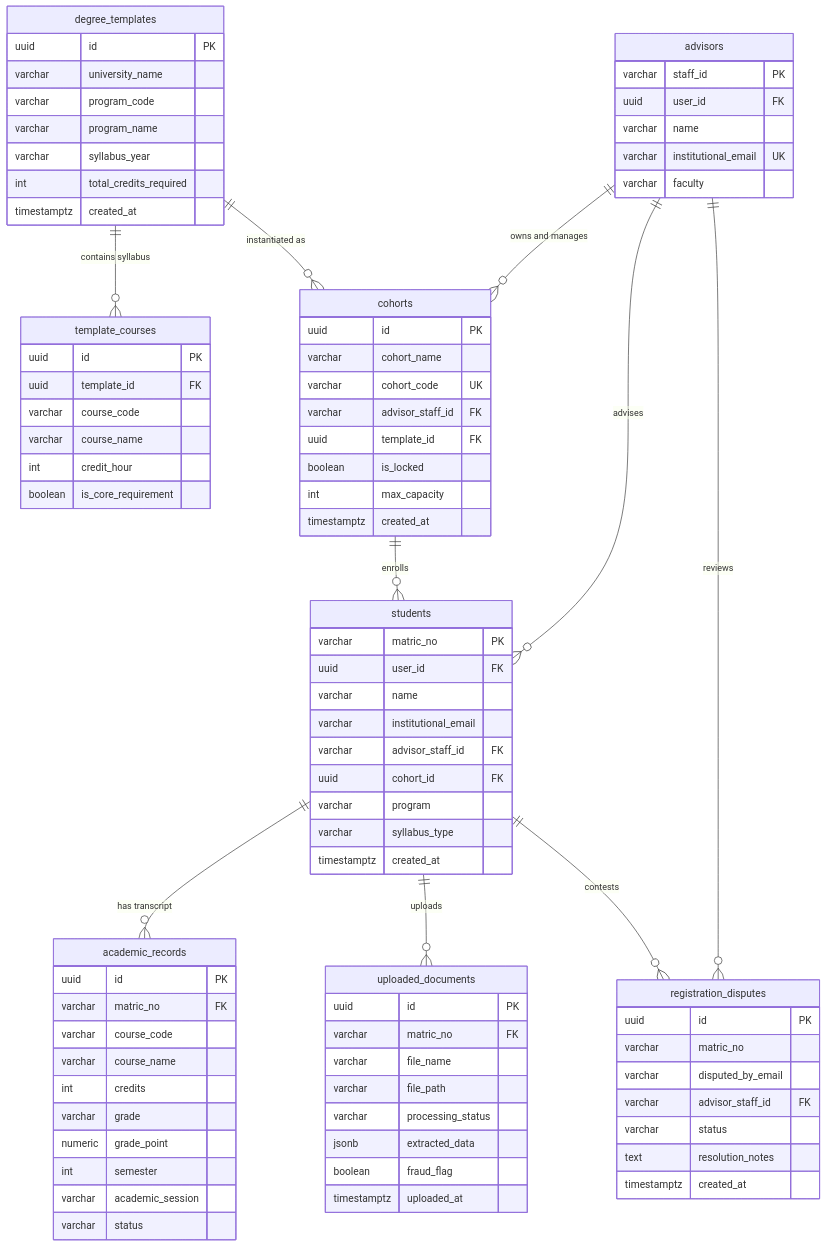
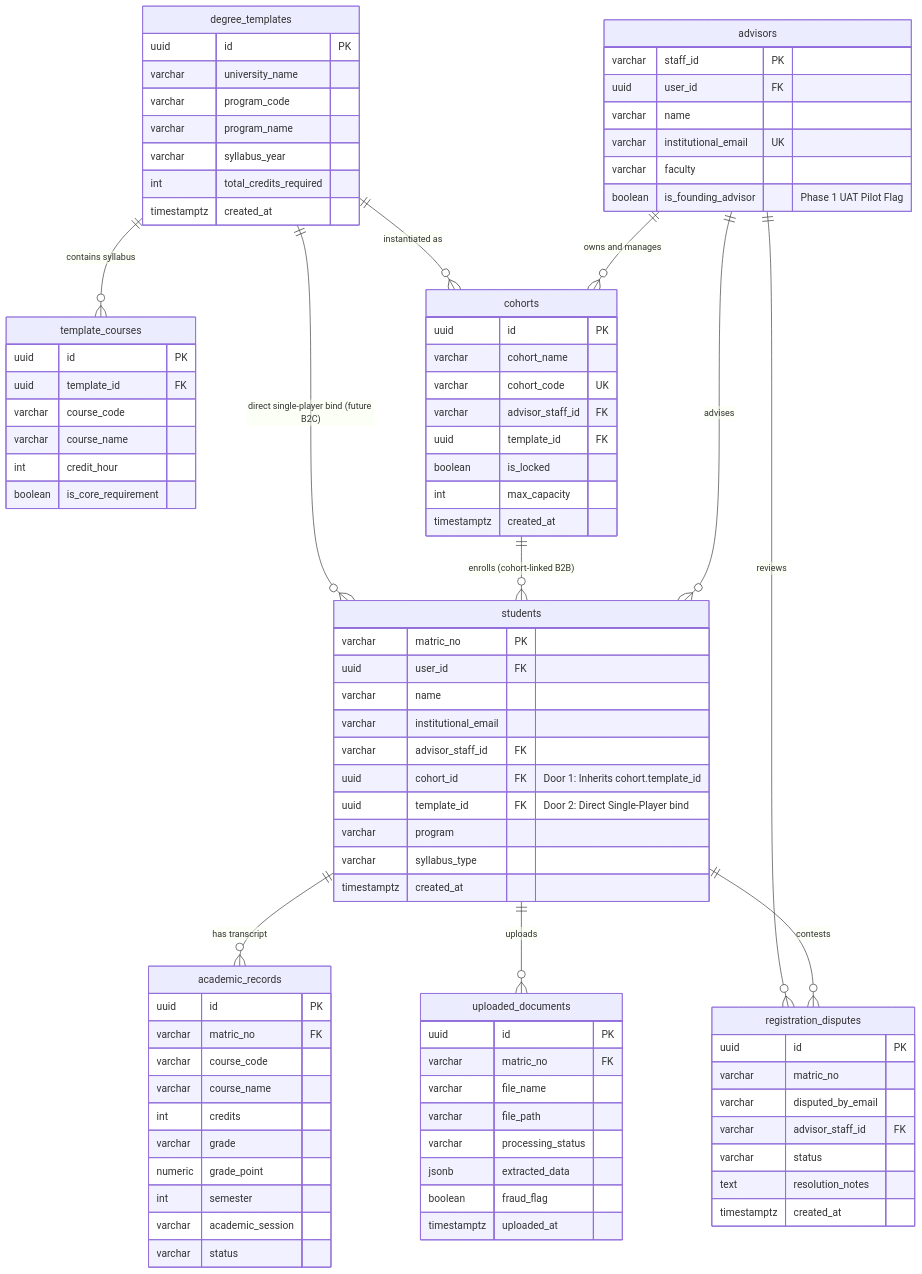
The second of 6 diagrams in Architecture.md (Fadzril02/LUMA), drawn with Mermaid before and after one commit. The commit also changed other lines of this file and 1 other file, not shown here.

Commit message:
docs: sync architecture and PRD with Two Doors One House model, auth hardening terminology, and Phase 1/3 scope

```diff
--- a/Architecture.md
+++ b/Architecture.md
@@ -85,8 +85,9 @@
 erDiagram
     degree_templates ||--o{ template_courses : "contains syllabus"
     degree_templates ||--o{ cohorts : "instantiated as"
+    degree_templates ||--o{ students : "direct single-player bind (future B2C)"
     advisors ||--o{ cohorts : "owns and manages"
-    cohorts ||--o{ students : "enrolls"
+    cohorts ||--o{ students : "enrolls (cohort-linked B2B)"
     advisors ||--o{ students : "advises"
     students ||--o{ academic_records : "has transcript"
     students ||--o{ uploaded_documents : "uploads"
@@ -129,7 +130,8 @@
         varchar name
         varchar institutional_email
         varchar advisor_staff_id FK
-        uuid cohort_id FK
+        uuid cohort_id FK "Door 1: Inherits cohort.template_id"
+        uuid template_id FK "Door 2: Direct Single-Player bind"
         varchar program
         varchar syllabus_type
         timestamptz created_at
@@ -141,6 +143,7 @@
         varchar name
         varchar institutional_email UK
         varchar faculty
+        boolean is_founding_advisor "Phase 1 UAT Pilot Flag"
     }
 
     academic_records {
```
